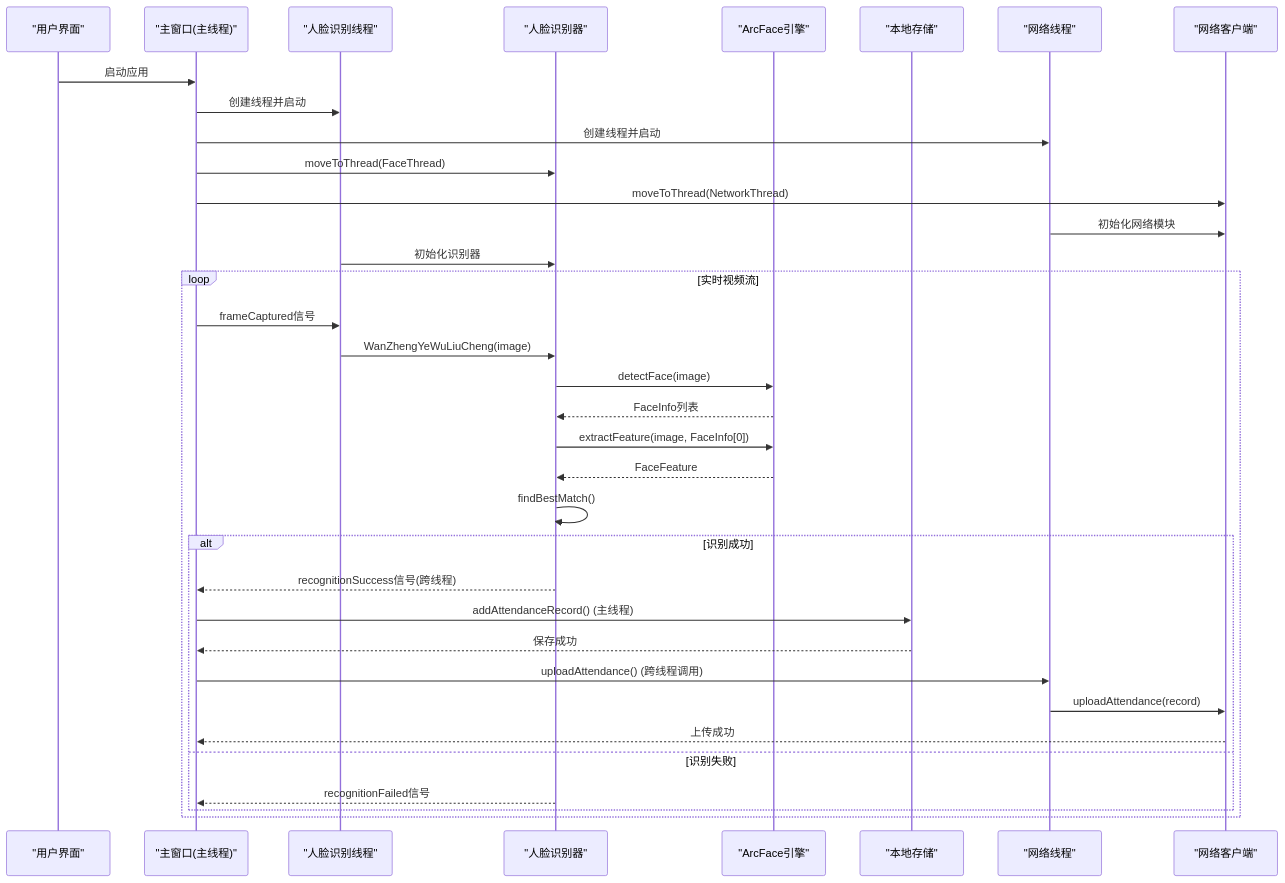
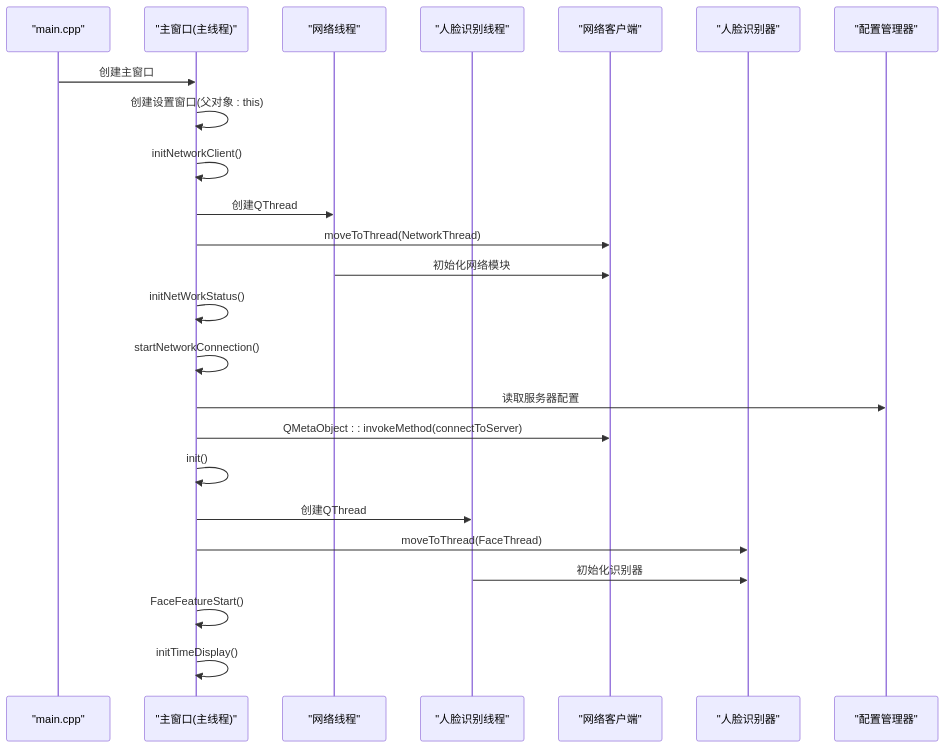
The fourth of 15 diagrams in .qoder/repowiki/zh/content/Main Application Integration.md (HeQiTZD/Triple-terminal-Attendance-Punching-System), drawn with Mermaid before and after one commit. The commit also changed other lines of this file and 27 other files, not shown here.

````diff
--- a/.qoder/repowiki/zh/content/Main Application Integration.md
+++ b/.qoder/repowiki/zh/content/Main Application Integration.md
@@ -265,37 +271,26 @@
 ```mermaid
 sequenceDiagram
-participant UI as "用户界面"
+participant Main as "main.cpp"
 participant MainWindow as "主窗口(主线程)"
+participant NetworkThread as "网络线程"
 participant FaceThread as "人脸识别线程"
+participant NetworkClient as "网络客户端"
 participant FaceRecognizer as "人脸识别器"
-participant ArcFaceEngine as "ArcFace引擎"
-participant LocalStorage as "本地存储"
-participant NetworkThread as "网络线程"
-participant NetworkClient as "网络客户端"
-UI->>MainWindow : 启动应用
-MainWindow->>FaceThread : 创建线程并启动
-MainWindow->>NetworkThread : 创建线程并启动
-MainWindow->>FaceRecognizer : moveToThread(FaceThread)
+participant ConfigManager as "配置管理器"
+Main->>MainWindow : 创建主窗口
+MainWindow->>MainWindow : 创建设置窗口(父对象 : this)
+MainWindow->>MainWindow : initNetworkClient()
+MainWindow->>NetworkThread : 创建QThread
 MainWindow->>NetworkClient : moveToThread(NetworkThread)
 NetworkThread->>NetworkClient : 初始化网络模块
+MainWindow->>MainWindow : initNetWorkStatus()
+MainWindow->>MainWindow : startNetworkConnection()
+MainWindow->>ConfigManager : 读取服务器配置
+MainWindow->>NetworkClient : QMetaObject : : invokeMethod(connectToServer)
+MainWindow->>MainWindow : init()
+MainWindow->>FaceThread : 创建QThread
+MainWindow->>FaceRecognizer : moveToThread(FaceThread)
 FaceThread->>FaceRecognizer : 初始化识别器
-loop 实时视频流
-MainWindow->>FaceThread : frameCaptured信号
-FaceThread->>FaceRecognizer : WanZhengYeWuLiuCheng(image)
-FaceRecognizer->>ArcFaceEngine : detectFace(image)
-ArcFaceEngine-->>FaceRecognizer : FaceInfo列表
-FaceRecognizer->>ArcFaceEngine : extractFeature(image, FaceInfo[0])
-ArcFaceEngine-->>FaceRecognizer : FaceFeature
-FaceRecognizer->>FaceRecognizer : findBestMatch()
-alt 识别成功
-FaceRecognizer-->>MainWindow : recognitionSuccess信号(跨线程)
-MainWindow->>LocalStorage : addAttendanceRecord() (主线程)
-LocalStorage-->>MainWindow : 保存成功
-MainWindow->>NetworkThread : uploadAttendance() (跨线程调用)
-NetworkThread->>NetworkClient : uploadAttendance(record)
-NetworkClient-->>MainWindow : 上传成功
-else 识别失败
-FaceRecognizer-->>MainWindow : recognitionFailed信号
-end
-end
+MainWindow->>MainWindow : FaceFeatureStart()
+MainWindow->>MainWindow : initTimeDisplay()
 ```
````
